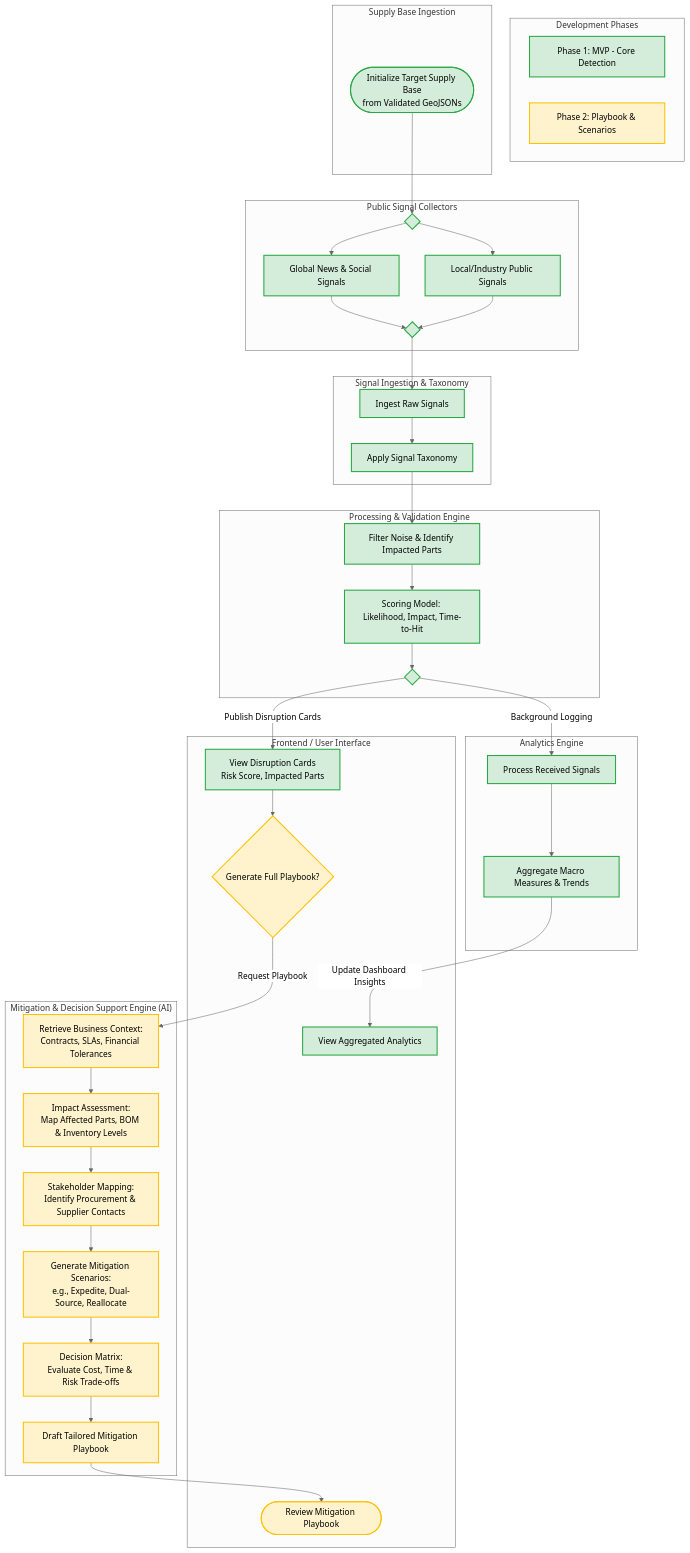
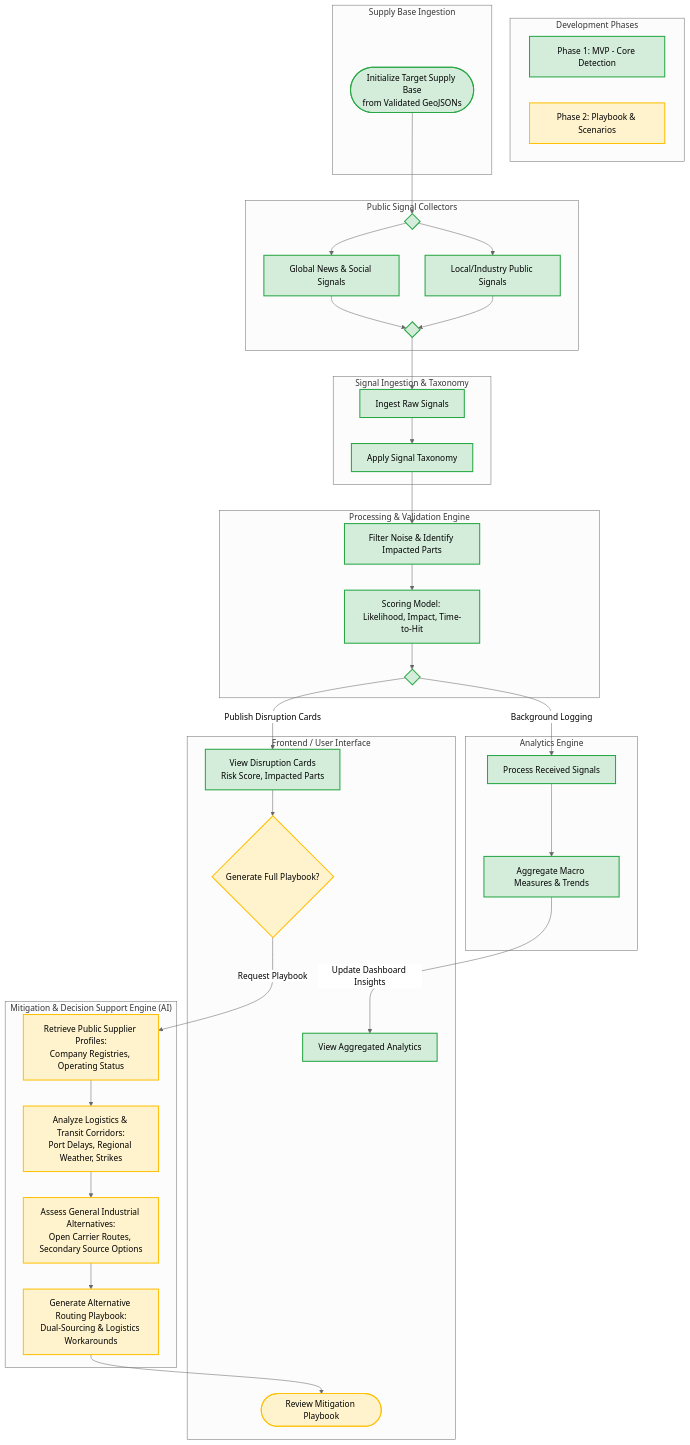
Before and after one commit to dasha-moskv/APS1013: the diagram in docs/uml-process-mvp.md, drawn with Mermaid (neutral theme). The commit also changed 1 other file, not shown here.

Commit message:
Updated MVP process diagram to scope mitigation plan generation to publicly available data

```diff
--- a/docs/uml-process-mvp.md
+++ b/docs/uml-process-mvp.md
@@ -43,12 +43,10 @@
     end
 
     subgraph Playbook["Mitigation & Decision Support Engine (AI)"]
-        G1[Retrieve Business Context:<br>Contracts, SLAs, Financial Tolerances]:::phase2
-        G2[Impact Assessment:<br>Map Affected Parts, BOM & Inventory Levels]:::phase2
-        G3[Stakeholder Mapping:<br>Identify Procurement & Supplier Contacts]:::phase2
-        G4[Generate Mitigation Scenarios:<br>e.g., Expedite, Dual-Source, Reallocate]:::phase2
-        G5[Decision Matrix:<br>Evaluate Cost, Time & Risk Trade-offs]:::phase2
-        G6[Draft Tailored Mitigation Playbook]:::phase2
+        G1[Retrieve Public Supplier Profiles:<br>Company Registries, Operating Status]:::phase2
+        G2[Analyze Logistics & Transit Corridors:<br>Port Delays, Regional Weather, Strikes]:::phase2
+        G3[Assess General Industrial Alternatives:<br>Open Carrier Routes, Secondary Source Options]:::phase2
+        G4[Generate Alternative Routing Playbook:<br>Dual-Sourcing & Logistics Workarounds]:::phase2
     end
 
     %% Base Initialization Flow
@@ -83,9 +81,7 @@
     G1 --> G2
     G2 --> G3
     G3 --> G4
-    G4 --> G5
-    G5 --> G6
-    G6 --> U5
+    G4 --> U5
 
     %% Styling Classes
     classDef phase1 fill:#d4edda,stroke:#28a745,stroke-width:2px,color:#000;
```
